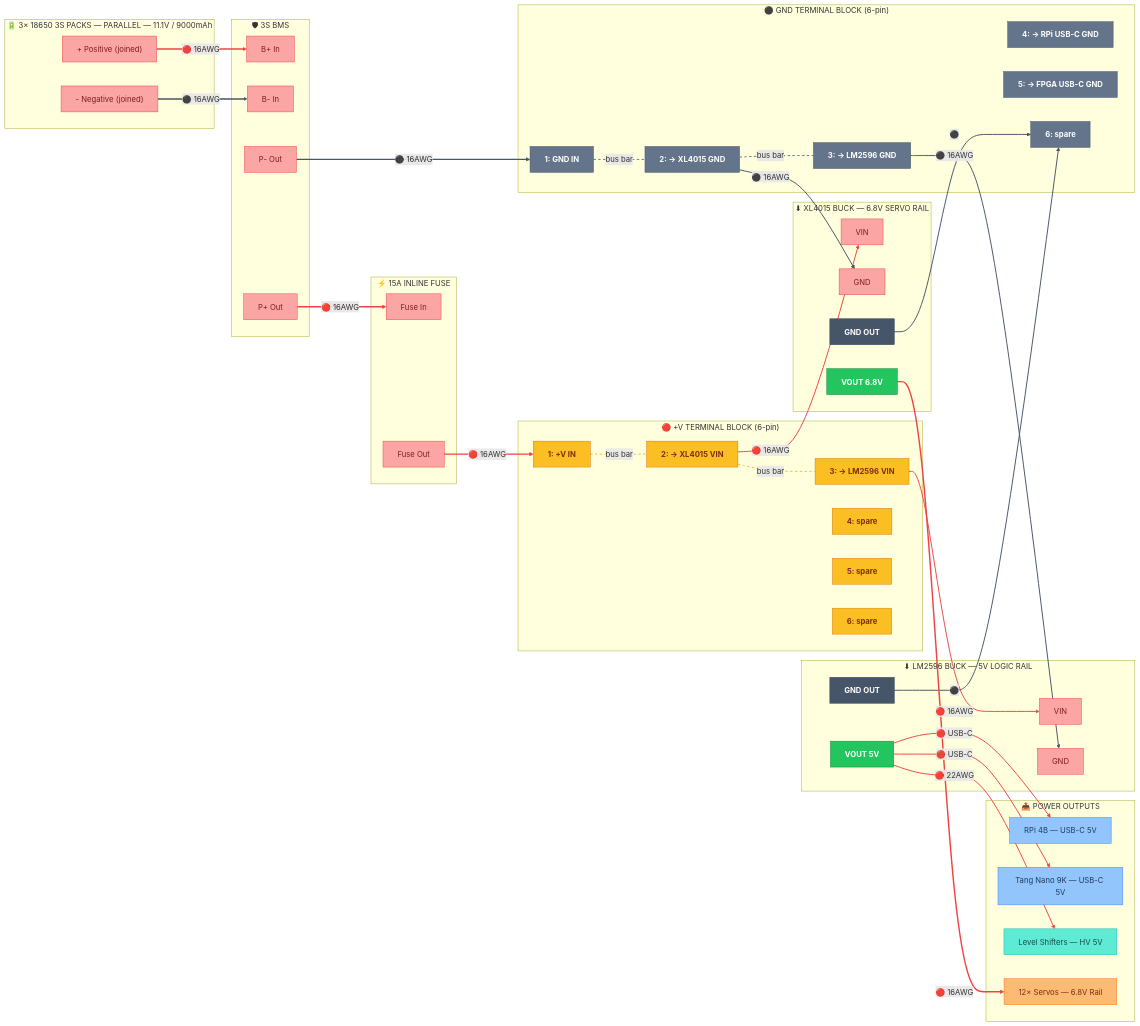
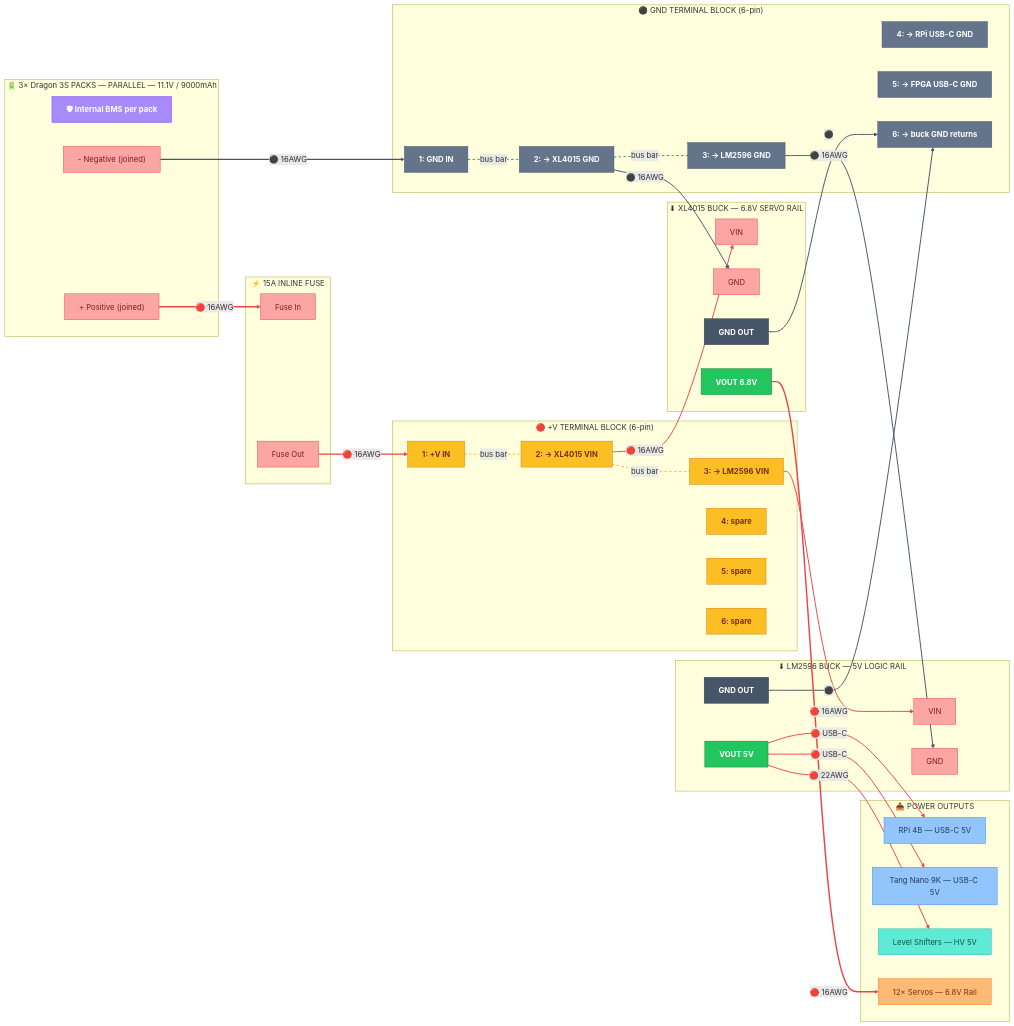
One commit to Major-Project-001/VIGIL-RQ changed the first of 3 diagrams in control/docs/wiring_power.md. Above: the diagram before and after it, drawn with Mermaid. The commit also changed other lines of this file and 1 other file, not shown here.

Commit message:
docs: remove external BMS — Dragon packs have internal BMS, simplify power path

````diff
--- a/control/docs/wiring_power.md
+++ b/control/docs/wiring_power.md
@@ -15,17 +15,12 @@
     classDef servoPin fill:#fdba74,stroke:#f97316,color:#7c2d12
     classDef posBlock fill:#fbbf24,stroke:#d97706,color:#7c2d12,font-weight:bold
     classDef gndBlock fill:#64748b,stroke:#475569,color:#fff,font-weight:bold
+    classDef bmsNote fill:#a78bfa,stroke:#7c3aed,color:#fff,font-weight:bold
 
-    subgraph BATTERY["🔋 3× 18650 3S PACKS — PARALLEL — 11.1V / 9000mAh"]
+    subgraph BATTERY["🔋 3× Dragon 3S PACKS — PARALLEL — 11.1V / 9000mAh"]
+        BAT_NOTE["🛡 Internal BMS per pack"]:::bmsNote
         BAT_POS["+ Positive (joined)"]:::powerPin
         BAT_NEG["- Negative (joined)"]:::powerPin
-    end
-
-    subgraph BMS_BLOCK["🛡 3S BMS"]
-        BMS_BIN["B+ In"]:::powerPin
-        BMS_BMIN["B- In"]:::powerPin
-        BMS_POUT["P+ Out"]:::powerPin
-        BMS_NOUT["P- Out"]:::powerPin
     end
 
     subgraph FUSE_BLOCK["⚡ 15A INLINE FUSE"]
@@ -48,7 +43,7 @@
         GT3["3: → LM2596 GND"]:::gndBlock
         GT4["4: → RPi USB-C GND"]:::gndBlock
         GT5["5: → FPGA USB-C GND"]:::gndBlock
-        GT6["6: spare"]:::gndBlock
+        GT6["6: → buck GND returns"]:::gndBlock
     end
 
     subgraph BUCK_SERVO["⬇ XL4015 BUCK — 6.8V SERVO RAIL"]
@@ -72,13 +67,9 @@
         SERVO_PWR["12× Servos — 6.8V Rail"]:::servoPin
     end
 
-    %% Battery → BMS
-    BAT_POS -->|"🔴 16AWG"| BMS_BIN
-    BAT_NEG -->|"⚫ 16AWG"| BMS_BMIN
-
-    %% BMS → Fuse / GND terminal
-    BMS_POUT -->|"🔴 16AWG"| FUSE_IN
-    BMS_NOUT -->|"⚫ 16AWG"| GT1
+    %% Battery → Fuse / GND terminal (no external BMS — internal per pack)
+    BAT_POS -->|"🔴 16AWG"| FUSE_IN
+    BAT_NEG -->|"⚫ 16AWG"| GT1
 
     %% Fuse → +V terminal
     FUSE_OUT -->|"🔴 16AWG"| PT1
@@ -110,13 +101,11 @@
     linkStyle 0 stroke:#ef4444,stroke-width:3px
     linkStyle 1 stroke:#475569,stroke-width:3px
     linkStyle 2 stroke:#ef4444,stroke-width:3px
-    linkStyle 3 stroke:#475569,stroke-width:3px
-    linkStyle 4 stroke:#ef4444,stroke-width:3px
-    linkStyle 5,6 stroke:#ef4444,stroke-width:2px
+    linkStyle 3,4 stroke:#ef4444,stroke-width:2px
+    linkStyle 5,6 stroke:#475569,stroke-width:2px
     linkStyle 7,8 stroke:#475569,stroke-width:2px
-    linkStyle 9,10 stroke:#475569,stroke-width:2px
-    linkStyle 11 stroke:#ef4444,stroke-width:3px
-    linkStyle 12,13,14 stroke:#ef4444,stroke-width:2px
-    linkStyle 15,16 stroke:#fbbf24,stroke-width:2px,stroke-dasharray:5
-    linkStyle 17,18 stroke:#64748b,stroke-width:2px,stroke-dasharray:5
+    linkStyle 9 stroke:#ef4444,stroke-width:3px
+    linkStyle 10,11,12 stroke:#ef4444,stroke-width:2px
+    linkStyle 13,14 stroke:#fbbf24,stroke-width:2px,stroke-dasharray:5
+    linkStyle 15,16 stroke:#64748b,stroke-width:2px,stroke-dasharray:5
 ```
````
